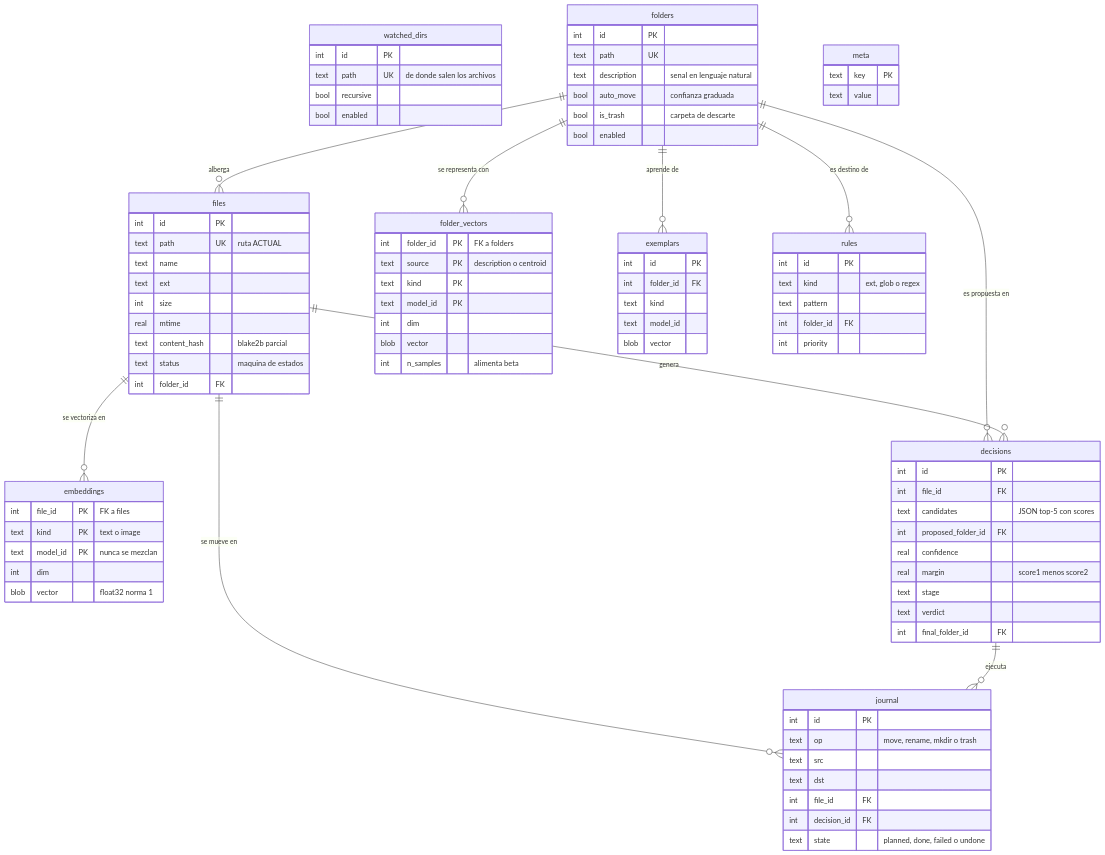
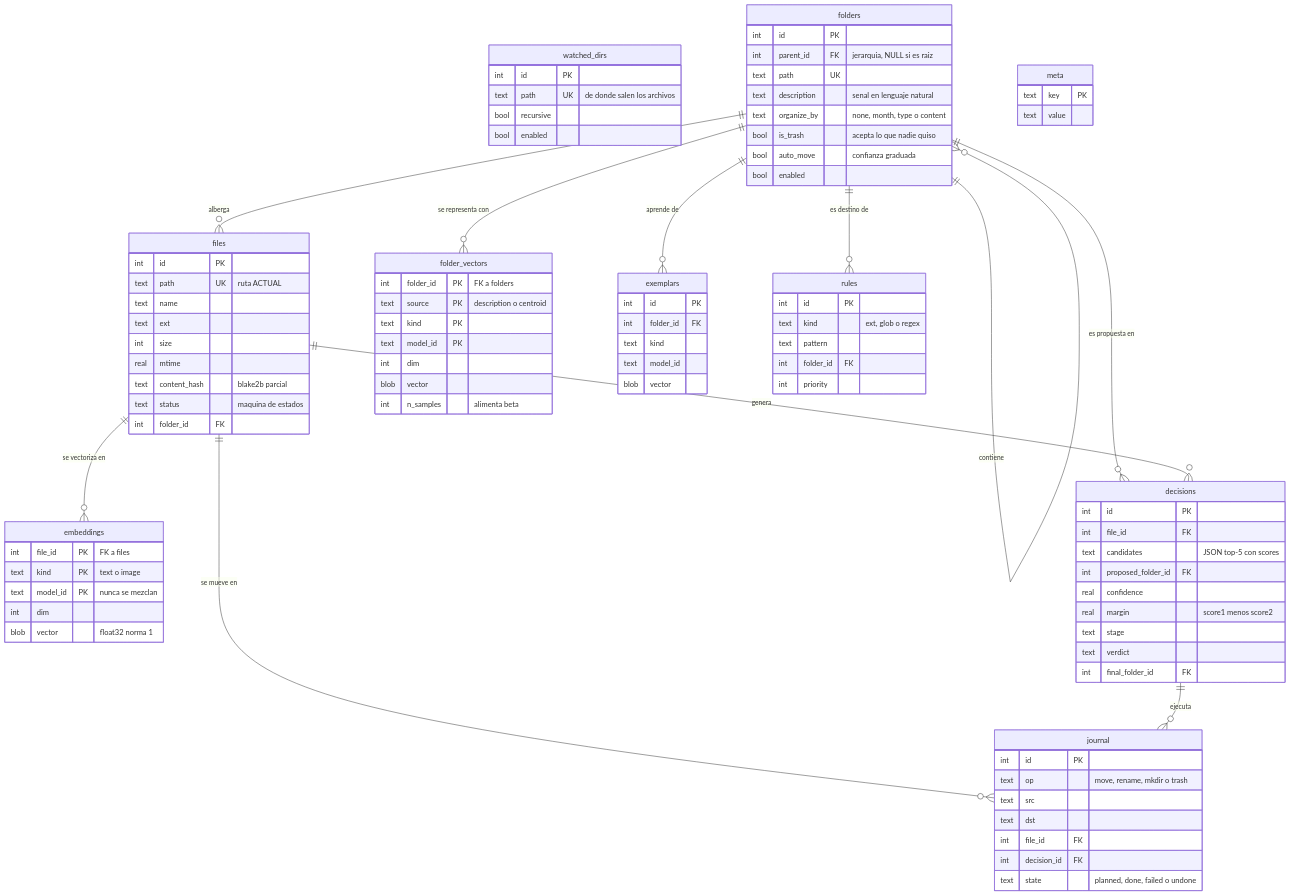
The diagram in docs/diagramas/esquema-relacional.md (JorgeGaviria/Fileflow), drawn with Mermaid before and after one commit. The commit also changed 1 other file, not shown here.

First paragraph of the commit message:
folders: jerarquia explicita y estrategia de organizacion
Dos huecos frente al concepto original, decididos revisando el esquema tabla
por tabla.

```diff
--- a/docs/diagramas/esquema-relacional.md
+++ b/docs/diagramas/esquema-relacional.md
@@ -18,10 +18,12 @@
 
     folders {
         int id PK
+        int parent_id FK "jerarquia, NULL si es raiz"
         text path UK
         text description "senal en lenguaje natural"
+        text organize_by "none, month, type o content"
+        bool is_trash "acepta lo que nadie quiso"
         bool auto_move "confianza graduada"
-        bool is_trash "carpeta de descarte"
         bool enabled
     }
 
@@ -98,6 +100,7 @@
         text value
     }
 
+    folders ||--o{ folders : "contiene"
     folders ||--o{ files : "alberga"
     folders ||--o{ folder_vectors : "se representa con"
     folders ||--o{ exemplars : "aprende de"
```
